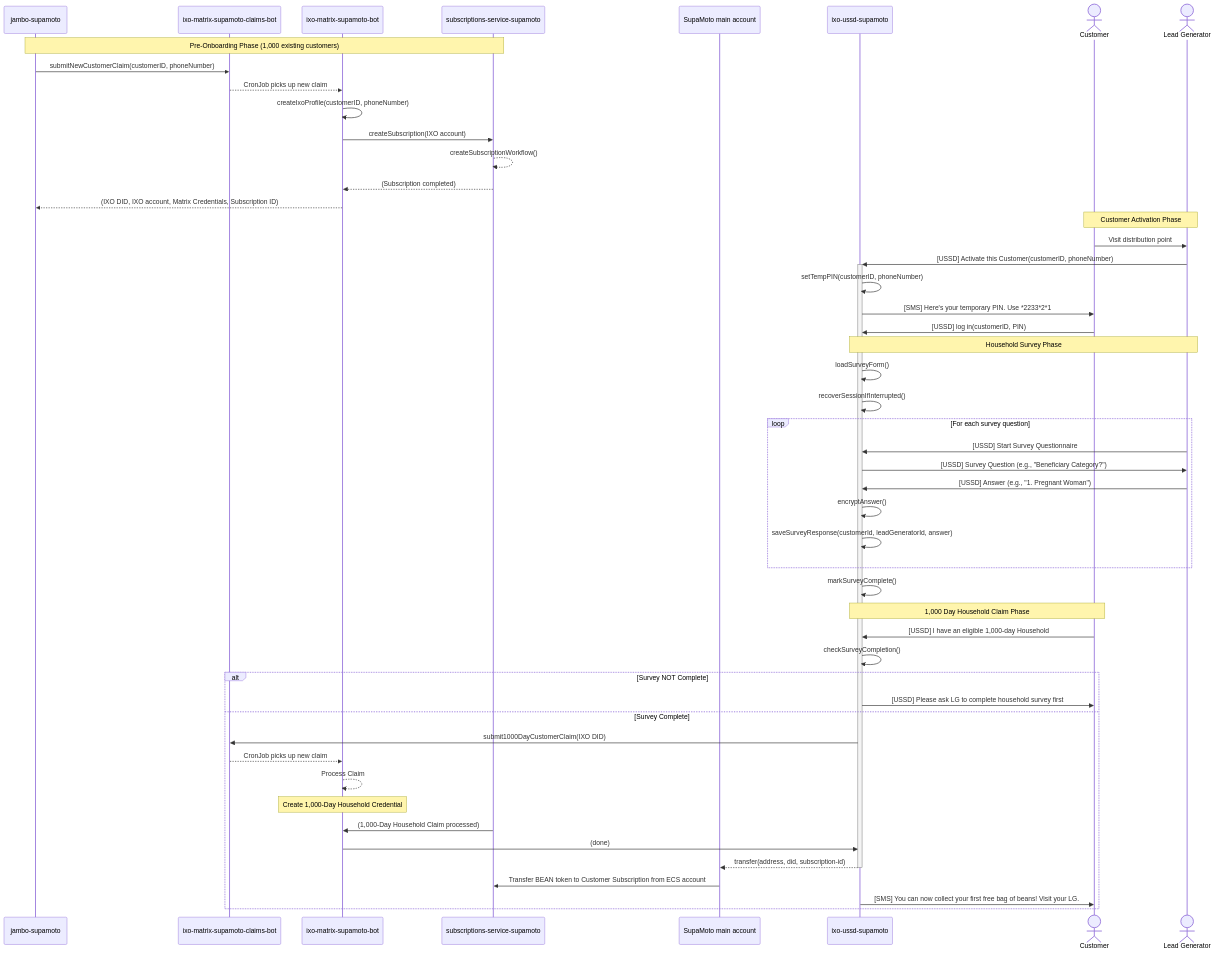
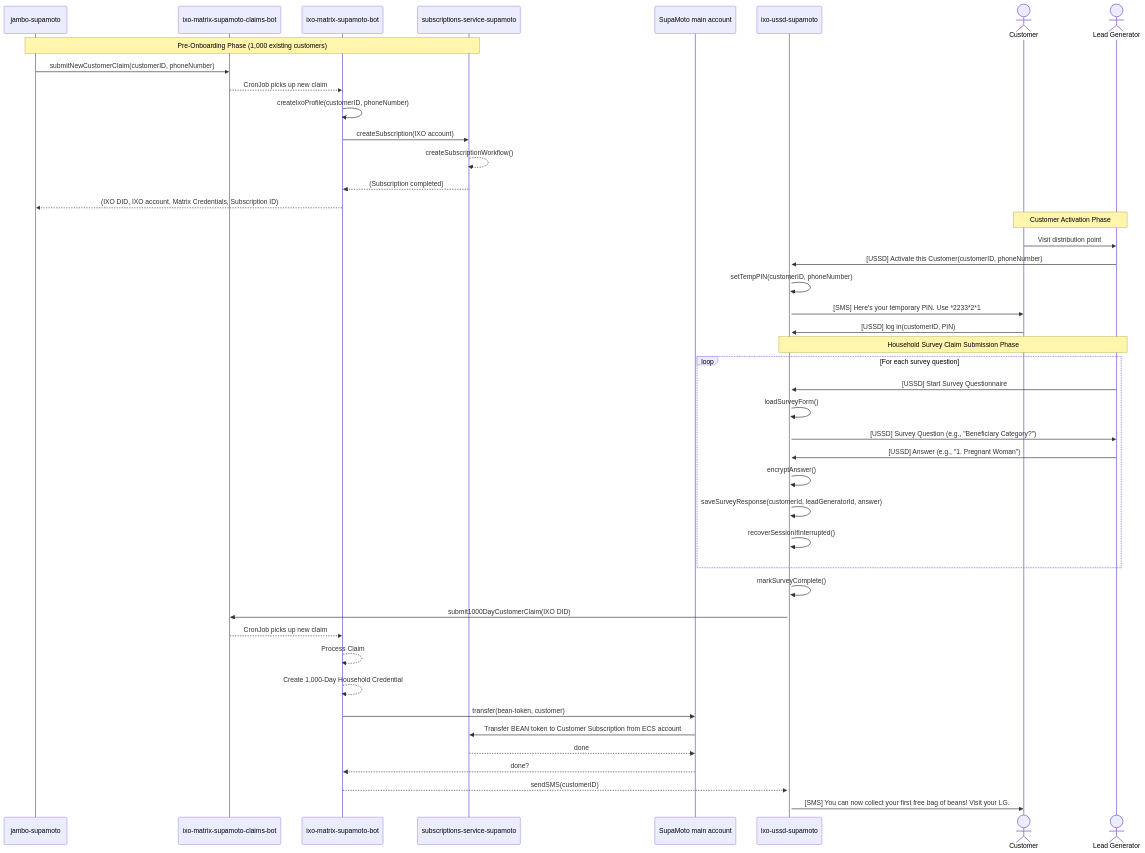
One commit to emerging-eco/ixo-ussd-supamoto changed the first of 4 diagrams in docs/supamoto/SEQUENCE_DIAGRAM.md. Above: the diagram before and after it, drawn with Mermaid. The commit also changed 14 other files, not shown here.

First line of the commit message:
feat: implement 1000 Day Household Survey with hardcoded questions

````diff
--- a/docs/supamoto/SEQUENCE_DIAGRAM.md
+++ b/docs/supamoto/SEQUENCE_DIAGRAM.md
@@ -13,56 +13,49 @@
 ```mermaid
 sequenceDiagram
     participant jambo as jambo-supamoto
     participant claims-bot as ixo-matrix-supamoto-claims-bot
     participant matrix-bot as ixo-matrix-supamoto-bot
     participant subs-svc as subscriptions-service-supamoto
     participant SUPA as SupaMoto main account
     participant USSD as ixo-ussd-supamoto
     actor Customer
     actor LG as Lead Generator
 
     Note over jambo,subs-svc: Pre-Onboarding Phase (1,000 existing customers)
     jambo->>claims-bot: submitNewCustomerClaim(customerID, phoneNumber)
     claims-bot-->>matrix-bot: CronJob picks up new claim
     matrix-bot->>matrix-bot: createIxoProfile(customerID, phoneNumber)
     matrix-bot->>subs-svc: createSubscription(IXO account)
     subs-svc-->>subs-svc: createSubscriptionWorkflow()
     subs-svc-->>matrix-bot: (Subscription completed)
     matrix-bot-->>jambo: (IXO DID, IXO account, Matrix Credentials, Subscription ID)
 
     Note over Customer,LG: Customer Activation Phase
     Customer->>LG: Visit distribution point
     LG->>+USSD: [USSD] Activate this Customer(customerID, phoneNumber)
     USSD->>USSD: setTempPIN(customerID, phoneNumber)
     USSD->>Customer: [SMS] Here's your temporary PIN. Use *2233*2*1# to log in and reset your PIN.
     Customer->>USSD: [USSD] log in(customerID, PIN)
 
-    Note over USSD,LG: Household Survey Phase
-    USSD->>USSD: loadSurveyForm()
-    USSD->>USSD: recoverSessionIfInterrupted()
+    Note over USSD,LG: Household Survey Claim Submission Phase
     loop For each survey question
         LG->>USSD: [USSD] Start Survey Questionnaire
+        USSD->>USSD: loadSurveyForm()
         USSD->>LG: [USSD] Survey Question (e.g., "Beneficiary Category?")
         LG->>USSD: [USSD] Answer (e.g., "1. Pregnant Woman")
         USSD->>USSD: encryptAnswer()
         USSD->>USSD: saveSurveyResponse(customerId, leadGeneratorId, answer)
+        USSD->>USSD: recoverSessionIfInterrupted()
     end
     USSD->>USSD: markSurveyComplete()
-
-    Note over USSD,Customer: 1,000 Day Household Claim Phase
-    Customer->>USSD: [USSD] I have an eligible 1,000-day Household
-    USSD->>USSD: checkSurveyCompletion()
-    alt Survey NOT Complete
-        USSD->>Customer: [USSD] Please ask LG to complete household survey first
-    else Survey Complete
-        USSD->>claims-bot: submit1000DayCustomerClaim(IXO DID)
-        claims-bot-->>matrix-bot: CronJob picks up new claim
-        matrix-bot-->>matrix-bot: Process Claim
-        Note over matrix-bot: Create 1,000-Day Household Credential
-        subs-svc->>matrix-bot: (1,000-Day Household Claim processed)
-        matrix-bot->>USSD: (done)
-        USSD-->>-SUPA: transfer(address, did, subscription-id)
-        SUPA->>subs-svc: Transfer BEAN token to Customer Subscription from ECS account
-        USSD->>Customer: [SMS] You can now collect your first free bag of beans! Visit your LG.
-    end
+    USSD->>claims-bot: submit1000DayCustomerClaim(IXO DID)
+    claims-bot-->>matrix-bot: CronJob picks up new claim
+    matrix-bot-->>matrix-bot: Process Claim
+    matrix-bot-->>matrix-bot: Create 1,000-Day Household Credential
+    matrix-bot->>SUPA: transfer(bean-token, customer)
+    SUPA->>subs-svc: Transfer BEAN token to Customer Subscription from ECS account
+    subs-svc-->>SUPA: done
+    SUPA-->>matrix-bot: done?
+    matrix-bot-->>USSD: sendSMS(customerID)
+    USSD->>Customer: [SMS] You can now collect your first free bag of beans! Visit your LG.
 ```
````
